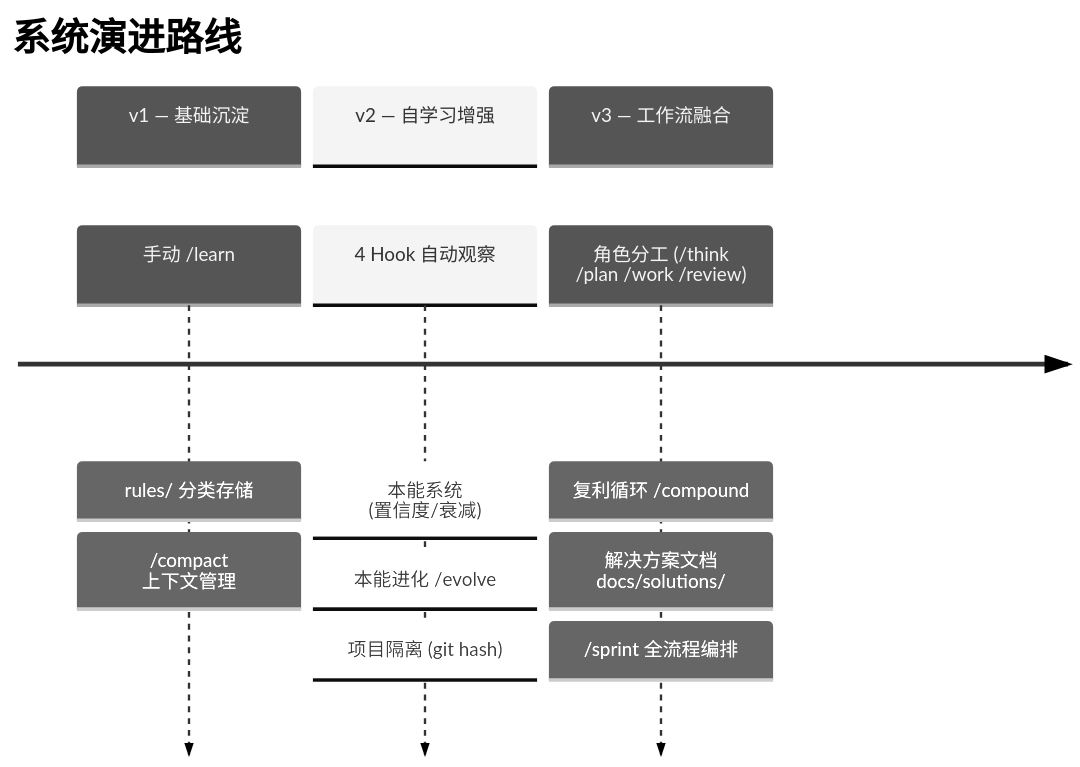
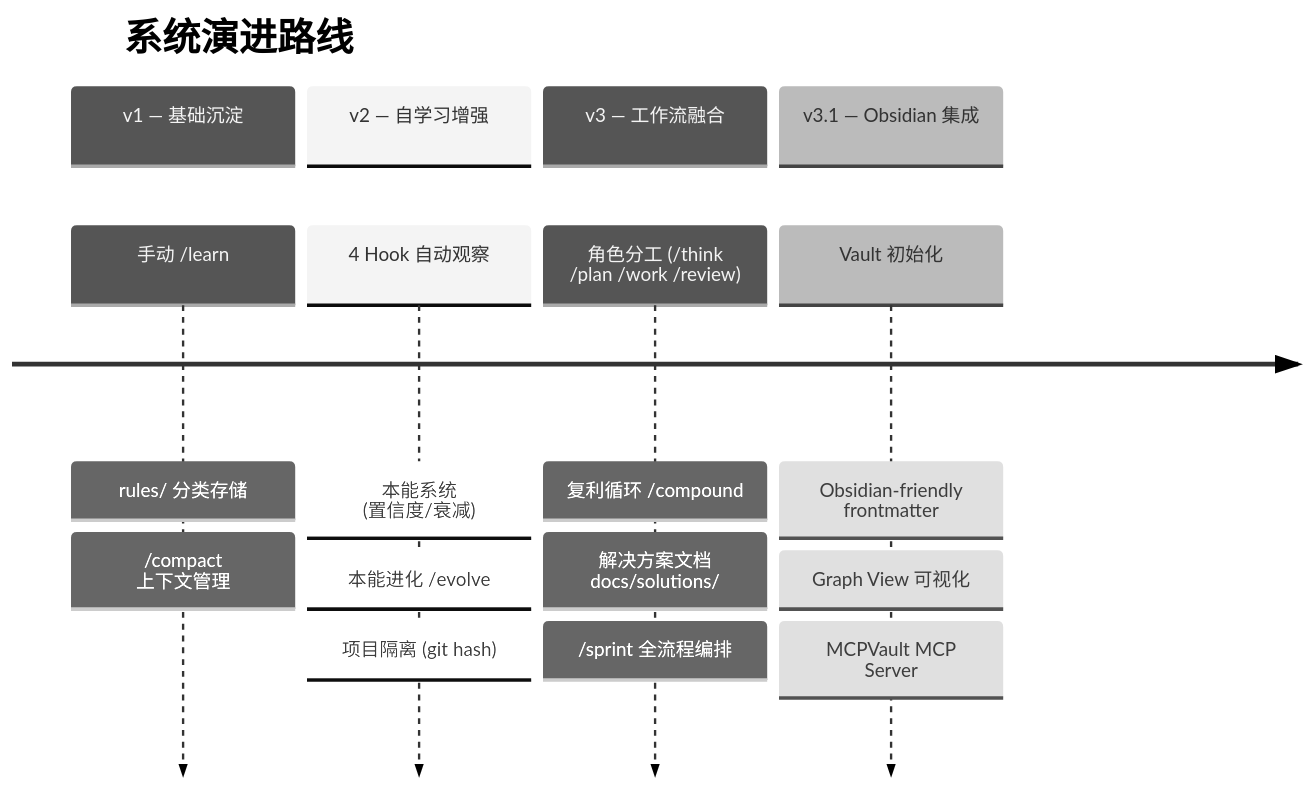
One commit to songuu/tech-persistence changed the eighth of 8 diagrams in README.md. Above: the diagram before and after it, drawn with Mermaid (neutral theme). The commit also changed other lines of this file and 4 other files, not shown here.

````diff
--- a/README.md
+++ b/README.md
@@ -485,10 +551,12 @@
 ```mermaid
 timeline
     title 系统演进路线
     section v1 — 基础沉淀
       手动 /learn : rules/ 分类存储 : /compact 上下文管理
     section v2 — 自学习增强
       4 Hook 自动观察 : 本能系统 (置信度/衰减) : 本能进化 /evolve : 项目隔离 (git hash)
     section v3 — 工作流融合
       角色分工 (/think /plan /work /review) : 复利循环 /compound : 解决方案文档 docs/solutions/ : /sprint 全流程编排
+    section v3.1 — Obsidian 集成
+      Vault 初始化 : Obsidian-friendly frontmatter : Graph View 可视化 : MCPVault MCP Server
 ```
````
